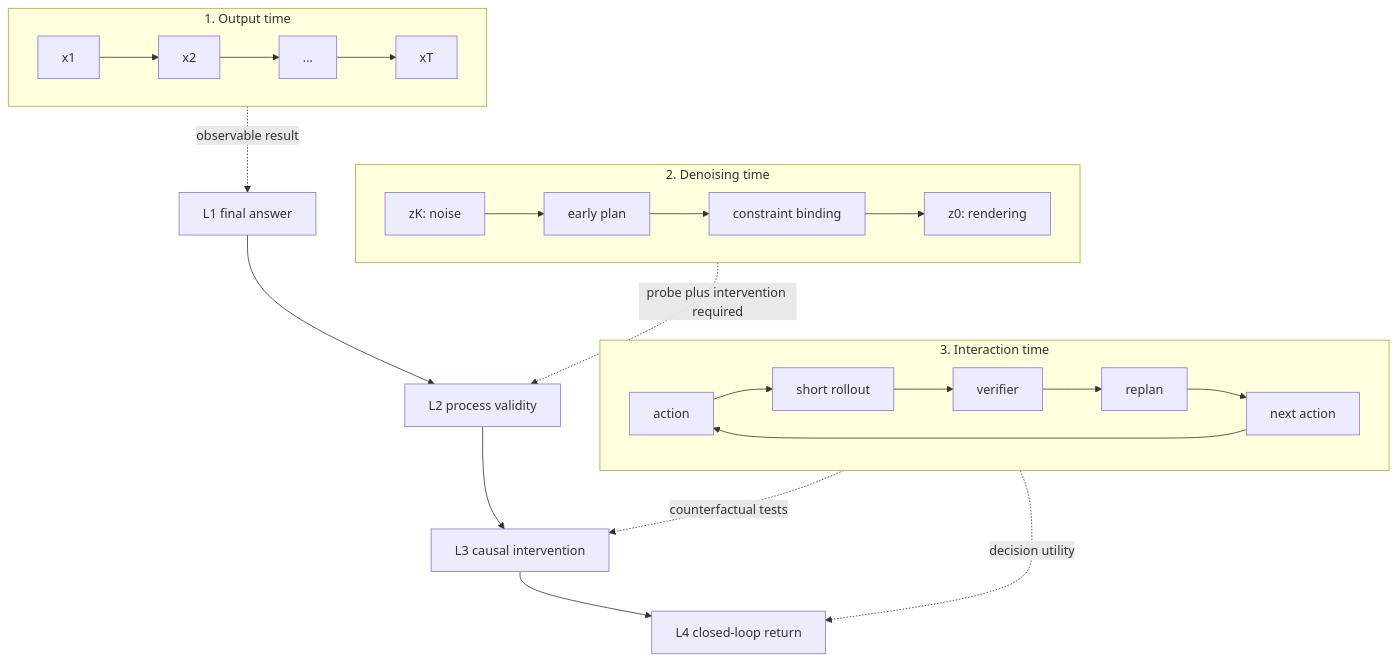
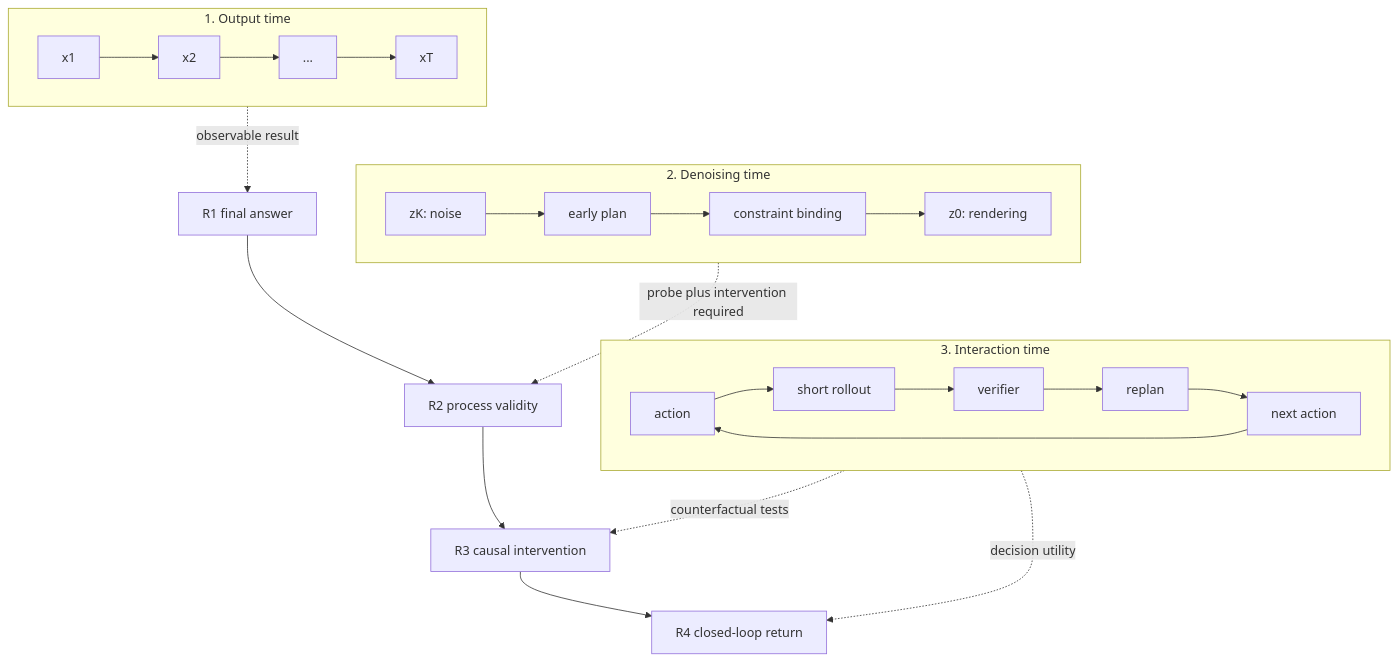
Before and after one commit to GVCLab/Video-Generation-101: the diagram in docs/video-reasoning.md, drawn with Mermaid. The commit also changed other lines of this file and 32 other files, not shown here.

````diff
--- a/docs/video-reasoning.md
+++ b/docs/video-reasoning.md
@@ -389,27 +391,27 @@
 ```mermaid
 flowchart TB
     accTitle: 视频推理的三个时间轴与四级证据
-    accDescr: 输出时间沿帧序列展开可见轨迹，去噪时间从早期计划进入约束绑定和后期渲染，交互时间执行动作、短片段生成、验证与重规划。最终答案、过程有效、因果干预和闭环回报构成逐级增强的证据。
+    accDescr: 输出时间沿帧序列展开可见轨迹，去噪时间从早期计划进入约束绑定和后期渲染，交互时间执行动作、短片段生成、验证与重规划。R1 最终答案、R2 过程有效、R3 因果干预和 R4 闭环回报构成逐级增强的局部机制证据。
 
     subgraph output_clock["1. Output time"]
         direction LR
         x_1["x1"] --> x_2["x2"] --> x_3["..."] --> x_t["xT"]
     end
 
     subgraph denoise_clock["2. Denoising time"]
         direction LR
         z_k["zK: noise"] --> early["early plan"] --> bind["constraint binding"] --> z_0["z0: rendering"]
     end
 
     subgraph interaction_clock["3. Interaction time"]
         direction LR
         action["action"] --> rollout["short rollout"] --> verify["verifier"] --> replan["replan"] --> next_action["next action"]
         next_action --> action
     end
 
-    final_answer["L1 final answer"] --> process_validity["L2 process validity"] --> causal_intervention["L3 causal intervention"] --> closed_loop_return["L4 closed-loop return"]
+    final_answer["R1 final answer"] --> process_validity["R2 process validity"] --> causal_intervention["R3 causal intervention"] --> closed_loop_return["R4 closed-loop return"]
     x_t -. "observable result" .-> final_answer
     z_0 -. "probe plus intervention required" .-> process_validity
     verify -. "counterfactual tests" .-> causal_intervention
     next_action -. "decision utility" .-> closed_loop_return
 ```
````
